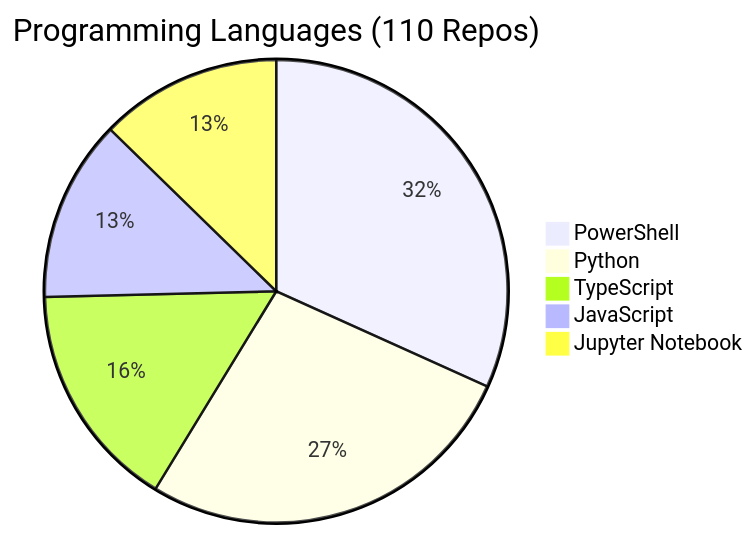
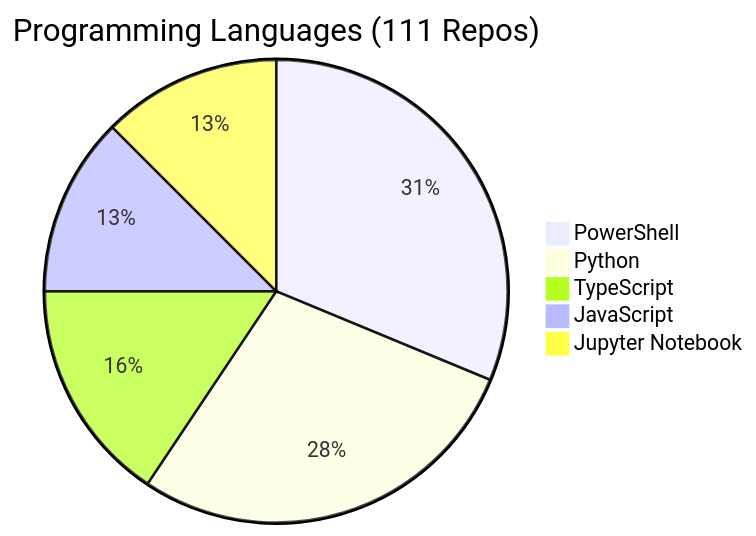
The diagram in REPOS.md (fabioc-aloha/fabioc-aloha), drawn with Mermaid before and after one commit. The commit also changed other lines of this file and 1 other file, not shown here.

````diff
--- a/REPOS.md
+++ b/REPOS.md
@@ -153,8 +154,8 @@
 ```mermaid
-pie title Programming Languages (110 Repos)
+pie title Programming Languages (111 Repos)
     "PowerShell" : 20
-    "Python" : 17
+    "Python" : 18
     "TypeScript" : 10
     "JavaScript" : 8
     "Jupyter Notebook" : 8
 ```
````
